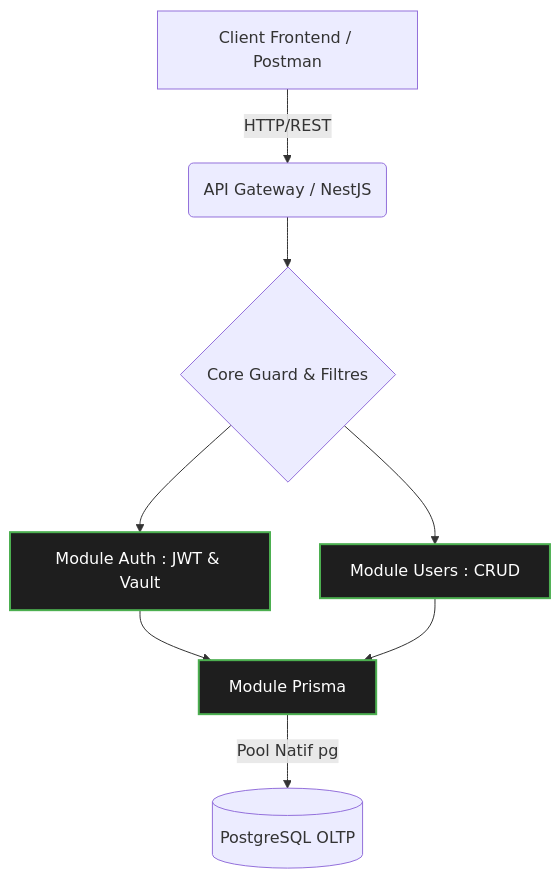
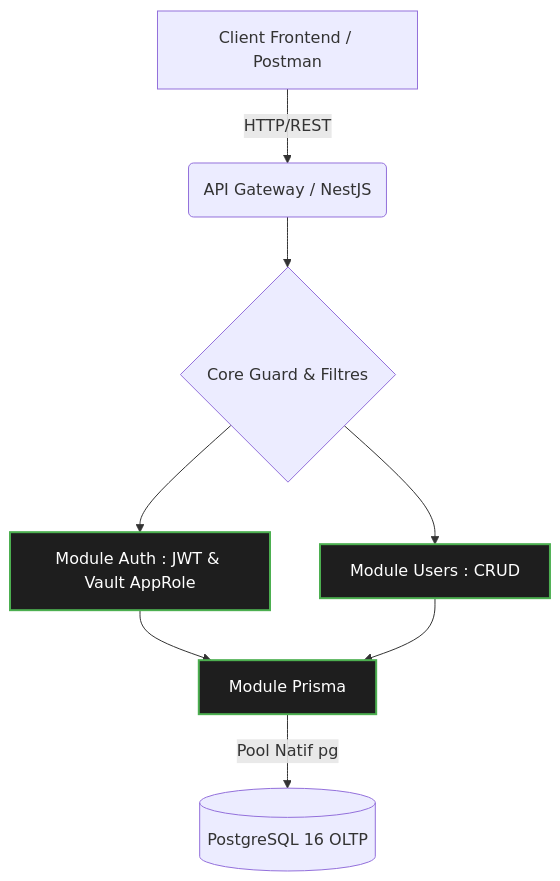
The diagram in docs/api/02_architecture_et_securite.md (Anon31/data-skills-radar-docs), drawn with Mermaid before and after one commit. The commit also changed other lines of this file and 13 other files, not shown here.

````diff
--- a/docs/api/02_architecture_et_securite.md
+++ b/docs/api/02_architecture_et_securite.md
@@ -16,12 +18,12 @@
 ```mermaid
 graph TD
     A[Client Frontend / Postman] -->|HTTP/REST| B(API Gateway / NestJS)
     B --> C{Core Guard & Filtres}
-    C --> D[Module Auth : JWT & Vault]
+    C --> D[Module Auth : JWT & Vault AppRole]
     C --> E[Module Users : CRUD]
     D & E --> F[Module Prisma]
-    F -->|Pool Natif pg| G[(PostgreSQL OLTP)]
+    F -->|Pool Natif pg| G[(PostgreSQL 16 OLTP)]
     
     classDef module fill:#1e1e1e,stroke:#4CAF50,stroke-width:2px,color:#fff;
     class D,E,F module;
 ```
````
